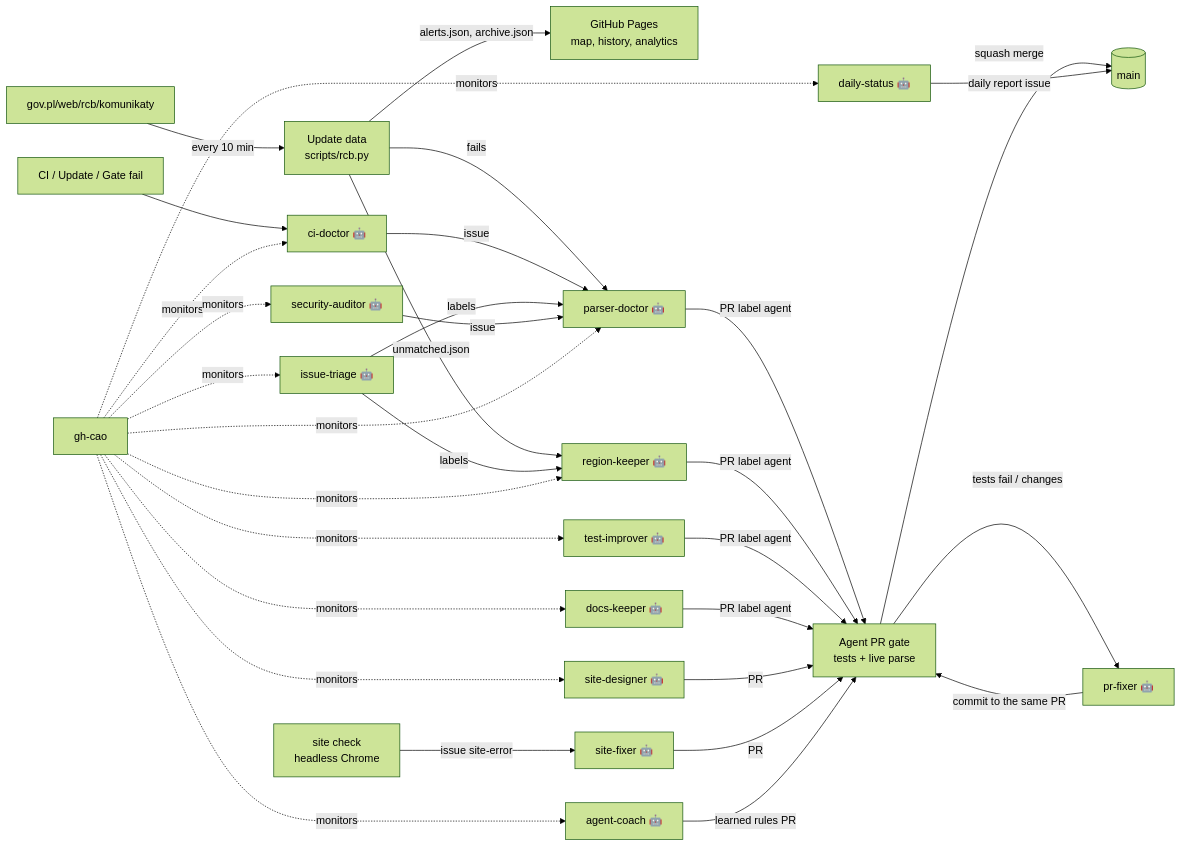
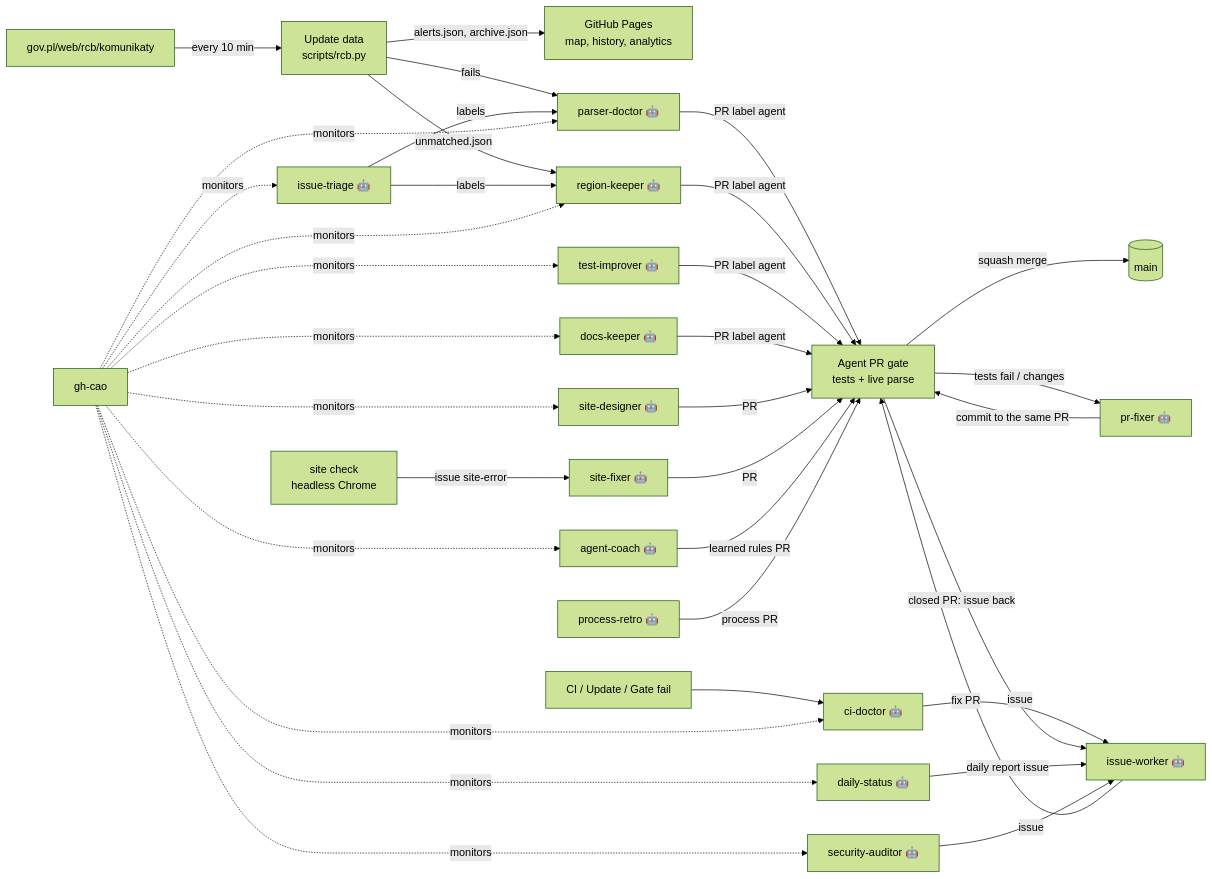
The diagram in README.md (casper-assistant-ai/alerty-pl), drawn with Mermaid (forest theme) before and after one commit. The commit also changed other lines of this file and 1 other file, not shown here.

Commit message:
docs: complete the team roster and the geo data notes
README gains the missing issue-worker, process-retro and agent-dispatch
rows, mermaid edges that match where issues really go, and the GUGiK PRG
credit for the gmina names. AGENTS gains the build_gminy.py bullet
(gminy.json for the gazetteer, names.json for the page labels) and the
stale-data check of the site check.

````diff
--- a/README.md
+++ b/README.md
@@ -22,19 +22,22 @@
 ```mermaid
 flowchart LR
   RCB[gov.pl/web/rcb/komunikaty] -->|every 10 min| U[Update data<br/>scripts/rcb.py]
   U -->|alerts.json, archive.json| P[GitHub Pages<br/>map, history, analytics]
   U -- fails --> PD[parser-doctor 🤖]
   U -- unmatched.json --> RK[region-keeper 🤖]
-  CI[CI / Update / Gate fail] --> CD[ci-doctor 🤖] -->|issue| PD
+  CI[CI / Update / Gate fail] --> CD[ci-doctor 🤖] -->|issue| IW[issue-worker 🤖]
   PD & RK & TI[test-improver 🤖] & DK[docs-keeper 🤖] -->|PR label agent| G[Agent PR gate<br/>tests + live parse]
   G -->|squash merge| main[(main)]
   G -->|tests fail / changes| PF[pr-fixer 🤖] -->|commit to the same PR| G
+  G -->|closed PR: issue back| IW
+  IW -->|fix PR| G
   IT[issue-triage 🤖] -->|labels| RK & PD
-  DS[daily-status 🤖] -->|daily report issue| main
+  DS[daily-status 🤖] -->|daily report issue| IW
   SD[site-designer 🤖] -->|PR| G
   SC[site check<br/>headless Chrome] -->|issue site-error| SF[site-fixer 🤖]
   SF -->|PR| G
-  SA[security-auditor 🤖] -->|issue| PD
+  SA[security-auditor 🤖] -->|issue| IW
   AC[agent-coach 🤖] -->|learned rules PR| G
+  RETRO[process-retro 🤖] -->|process PR| G
   CAO[gh-cao] -.monitors.-> PD & RK & CD & DS & IT & TI & DK & SD & SA & AC
 ```
````
